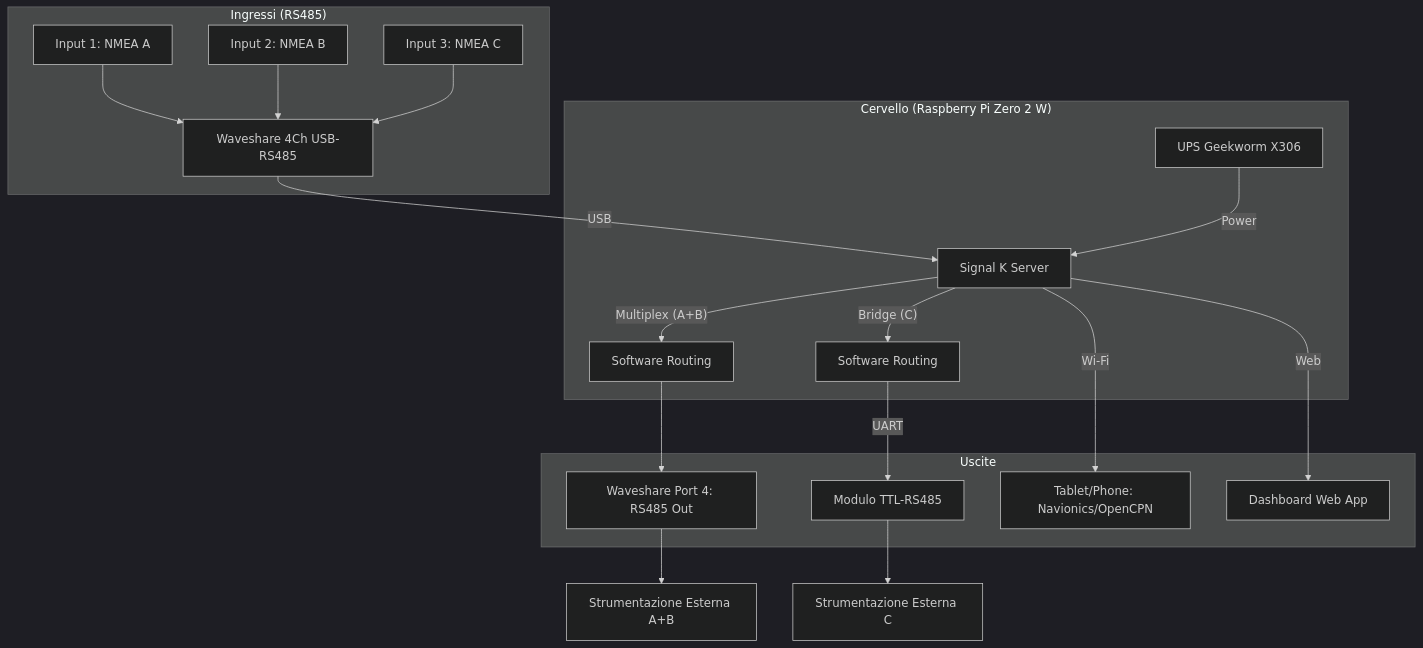
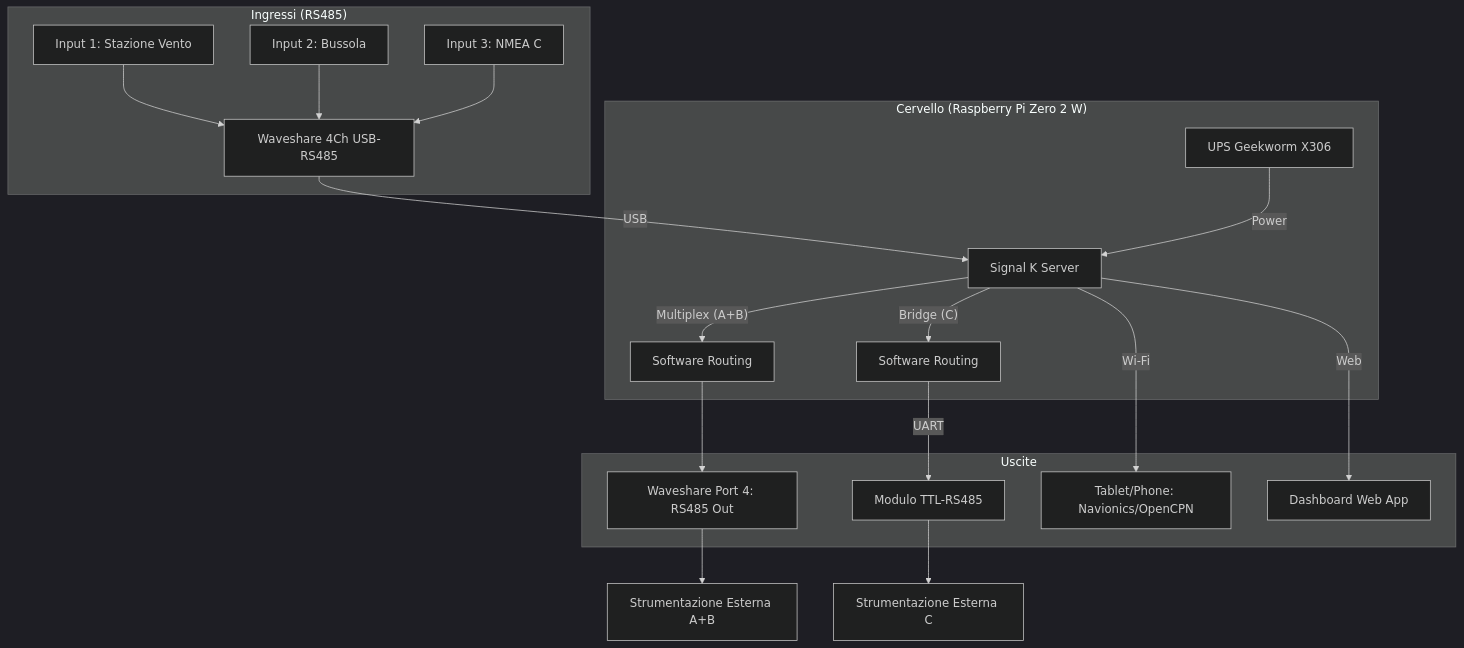
One commit to PZero/MamaoHub changed the diagram in README.md. Above: the diagram before and after it, drawn with Mermaid (dark theme). The commit also changed other lines of this file, not shown here.

Commit message:
Update: Renamed inputs to Stazione Vento and Bussola

````diff
--- a/README.md
+++ b/README.md
@@ -11,25 +11,25 @@
 ```mermaid
 graph TD
     subgraph "Ingressi (RS485)"
-        In1[Input 1: NMEA A] --> WS[Waveshare 4Ch USB-RS485]
-        In2[Input 2: NMEA B] --> WS
+        In1[Input 1: Stazione Vento] --> WS[Waveshare 4Ch USB-RS485]
+        In2[Input 2: Bussola] --> WS
         In3[Input 3: NMEA C] --> WS
     end
 
     subgraph "Cervello (Raspberry Pi Zero 2 W)"
         WS -- USB --> SK[Signal K Server]
         UPS[UPS Geekworm X306] -- Power --> SK
         SK -- "Multiplex (A+B)" --> SK_Out1[Software Routing]
         SK -- "Bridge (C)" --> SK_Out2[Software Routing]
     end
 
     subgraph "Uscite"
         SK_Out1 --> WS_Out[Waveshare Port 4: RS485 Out]
         SK_Out2 -- UART --> TTL[Modulo TTL-RS485]
         SK -- Wi-Fi --> Tab[Tablet/Phone: Navionics/OpenCPN]
         SK -- Web --> Dash[Dashboard Web App]
     end
 
     TTL --> Ext1[Strumentazione Esterna C]
     WS_Out --> Ext2[Strumentazione Esterna A+B]
 ```
````
